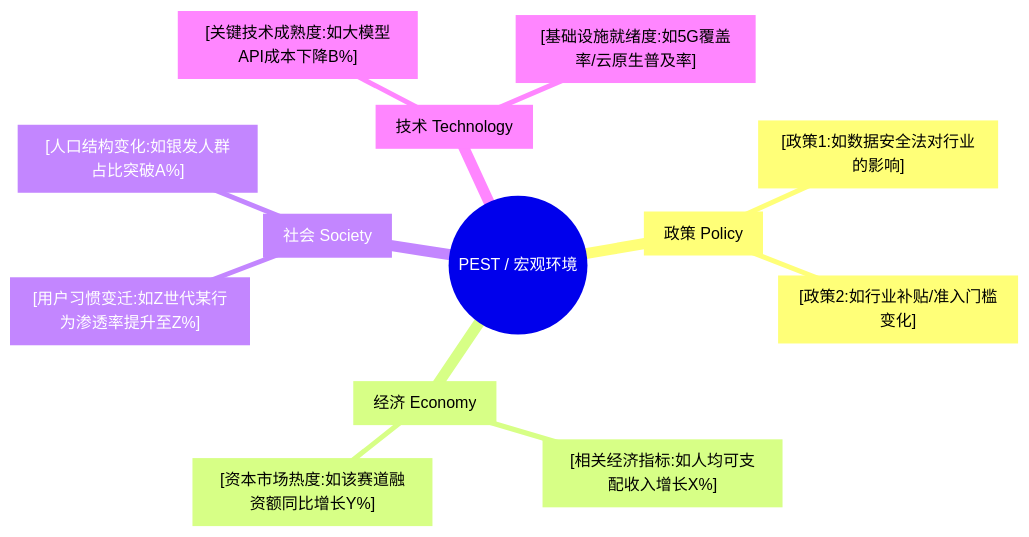
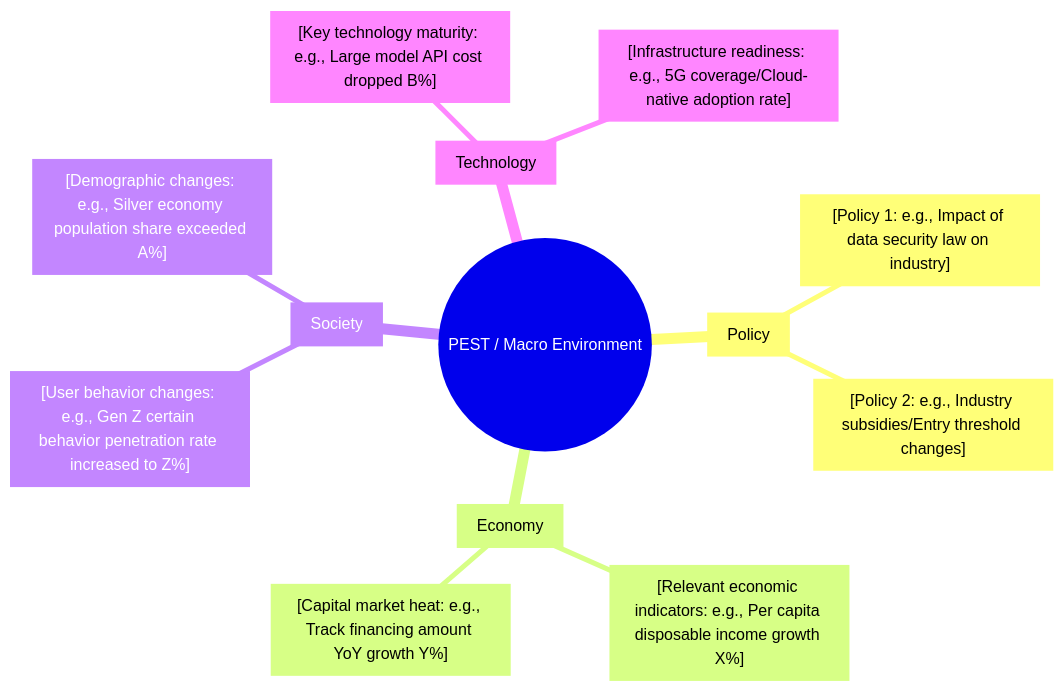
The second of 17 diagrams in templates/产品/战略层/【模板】市场需求文档.md (Kirky-X/cangjie), drawn with Mermaid before and after one commit. The commit also changed other lines of this file and 60 other files, not shown here.

````diff
--- a/templates/产品/战略层/【模板】市场需求文档.md
+++ b/templates/产品/战略层/【模板】市场需求文档.md
@@ -83,16 +84,16 @@
 ```mermaid
 mindmap
-  root((PEST / 宏观环境))
-    P[政策 Policy]
-      ["[政策1:如数据安全法对行业的影响]"]
-      ["[政策2:如行业补贴/准入门槛变化]"]
-    E[经济 Economy]
-      ["[相关经济指标:如人均可支配收入增长X%]"]
-      ["[资本市场热度:如该赛道融资额同比增长Y%]"]
-    S[社会 Society]
-      ["[用户习惯变迁:如Z世代某行为渗透率提升至Z%]"]
-      ["[人口结构变化:如银发人群占比突破A%]"]
-    T[技术 Technology]
-      ["[关键技术成熟度:如大模型API成本下降B%]"]
-      ["[基础设施就绪度:如5G覆盖率/云原生普及率]"]
+  root((PEST / Macro Environment))
+    P[Policy]
+      ["[Policy 1: e.g., Impact of data security law on industry]"]
+      ["[Policy 2: e.g., Industry subsidies/Entry threshold changes]"]
+    E[Economy]
+      ["[Relevant economic indicators: e.g., Per capita disposable income growth X%]"]
+      ["[Capital market heat: e.g., Track financing amount YoY growth Y%]"]
+    S[Society]
+      ["[User behavior changes: e.g., Gen Z certain behavior penetration rate increased to Z%]"]
+      ["[Demographic changes: e.g., Silver economy population share exceeded A%]"]
+    T[Technology]
+      ["[Key technology maturity: e.g., Large model API cost dropped B%]"]
+      ["[Infrastructure readiness: e.g., 5G coverage/Cloud-native adoption rate]"]
 ```
````
